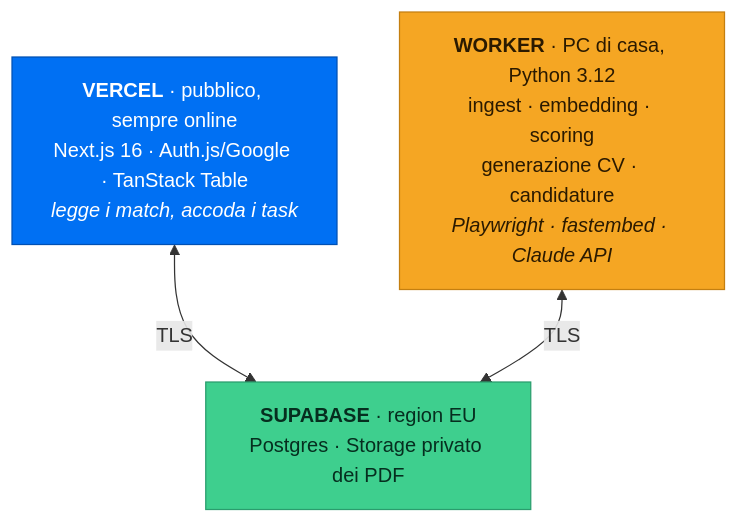
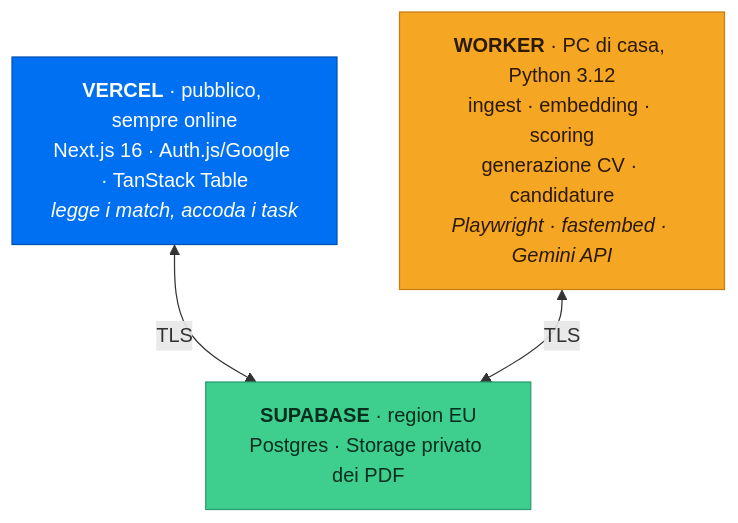
The diagram in README.md (Nembrini/JobBoard), drawn with Mermaid before and after one commit. The commit also changed other lines of this file and 15 other files, not shown here.

First line of the commit message:
Schema su Supabase, tipi TS generati dai modelli, provider LLM Gemini

````diff
--- a/README.md
+++ b/README.md
@@ -67,13 +67,13 @@
 ```mermaid
 flowchart TD
     V["<b>VERCEL</b> · pubblico, sempre online<br/>Next.js 16 · Auth.js/Google · TanStack Table<br/><i>legge i match, accoda i task</i>"]
     S["<b>SUPABASE</b> · region EU<br/>Postgres · Storage privato dei PDF"]
-    W["<b>WORKER</b> · PC di casa, Python 3.12<br/>ingest · embedding · scoring<br/>generazione CV · candidature<br/><i>Playwright · fastembed · Claude API</i>"]
+    W["<b>WORKER</b> · PC di casa, Python 3.12<br/>ingest · embedding · scoring<br/>generazione CV · candidature<br/><i>Playwright · fastembed · Gemini API</i>"]
 
     V <-->|TLS| S
     W <-->|TLS| S
 
     style V fill:#0070f3,stroke:#0050b3,color:#fff
     style S fill:#3ECF8E,stroke:#2a9d6d,color:#062e1f
     style W fill:#f5a623,stroke:#c47f10,color:#2b1a00
 ```
````
